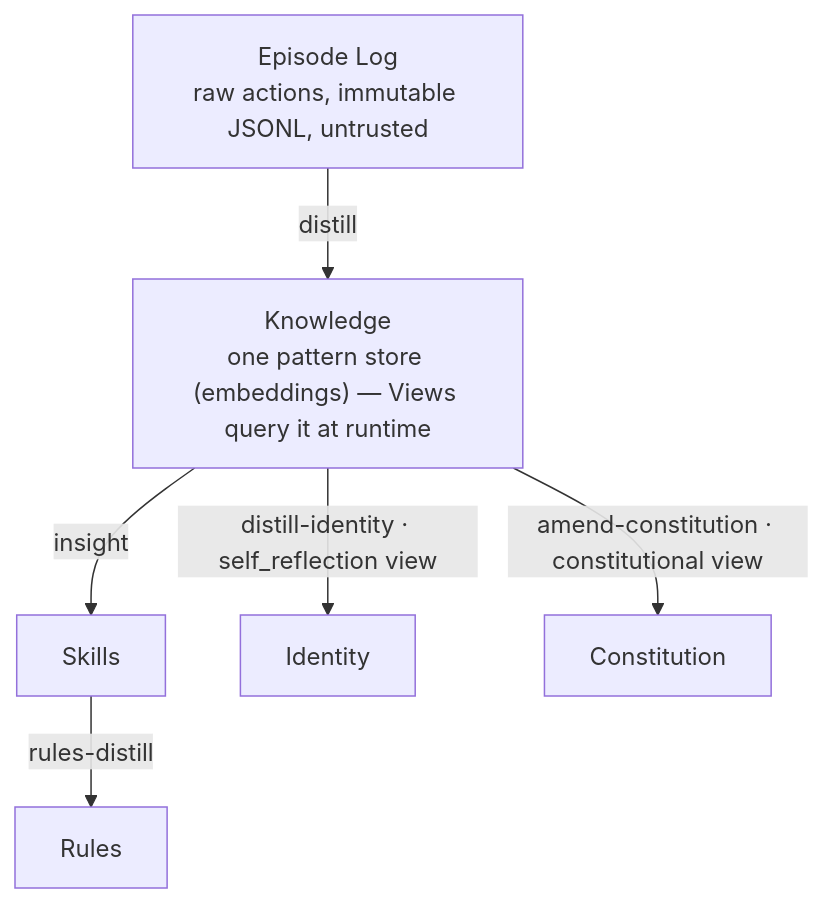
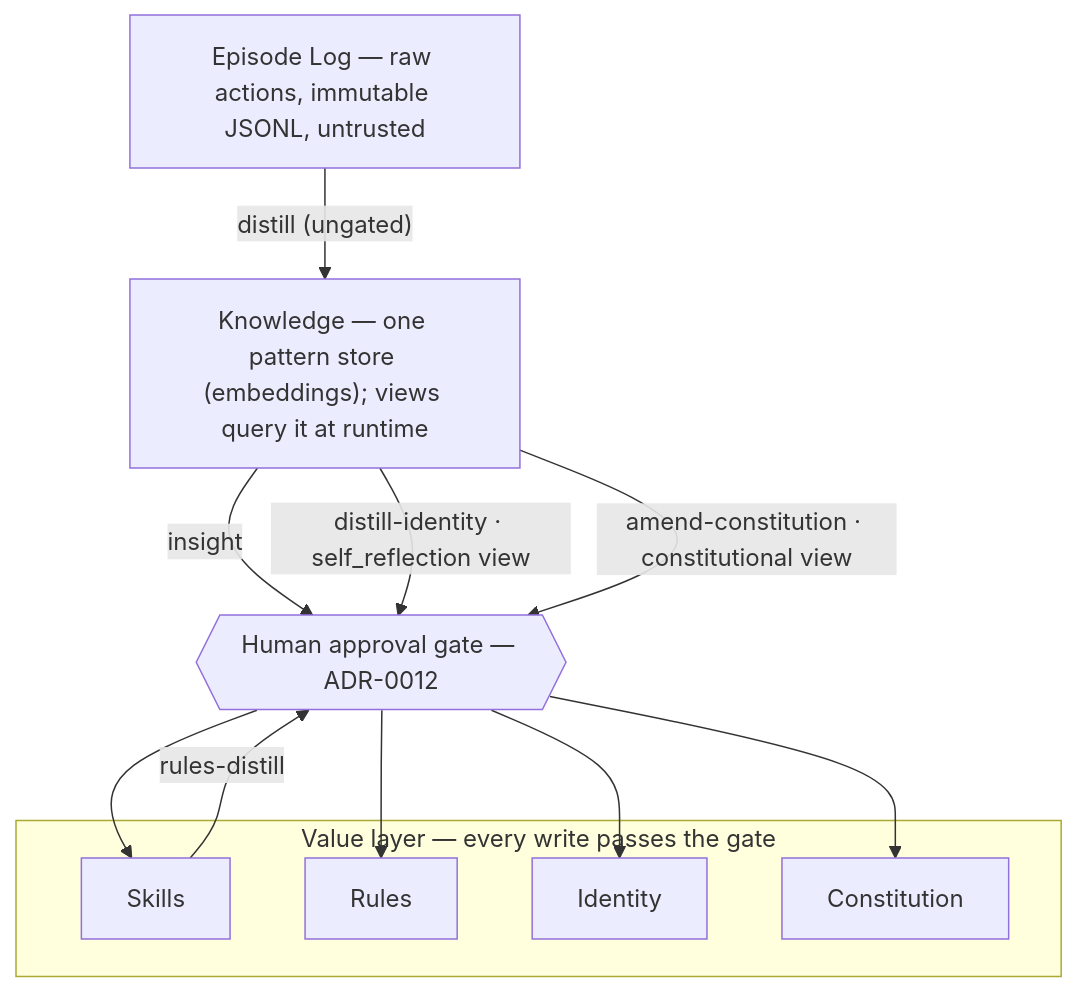
The diagram in README.md (shimo4228/contemplative-agent), drawn with Mermaid before and after one commit. The commit also changed other lines of this file and 12 other files, not shown here.

Commit message:
docs: rewrite README constitution-first — value layer front-loaded, ADR-0071..0076 narrative added (+ companion docs sync, ADR-0058 erratum)

````diff
--- a/README.md
+++ b/README.md
@@ -35,10 +44,21 @@
 ```mermaid
 graph TD
-    EL["Episode Log<br/>raw actions, immutable JSONL, untrusted"]
-    K["Knowledge<br/>one pattern store (embeddings) — Views query it at runtime"]
-    EL -->|distill| K
-    K -->|insight| Skills
-    Skills -->|rules-distill| Rules
-    K -->|"distill-identity · self_reflection view"| Identity
-    K -->|"amend-constitution · constitutional view"| Constitution
+    EL["Episode Log — raw actions, immutable JSONL, untrusted"]
+    K["Knowledge — one pattern store (embeddings); views query it at runtime"]
+    G{{"Human approval gate — ADR-0012"}}
+    EL -->|"distill (ungated)"| K
+    K -->|insight| G
+    K -->|"distill-identity · self_reflection view"| G
+    K -->|"amend-constitution · constitutional view"| G
+    Skills -->|rules-distill| G
+    subgraph VL["Value layer — every write passes the gate"]
+        Skills
+        Rules
+        Identity
+        Constitution
+    end
+    G --> Skills
+    G --> Rules
+    G --> Identity
+    G --> Constitution
 ```
````
